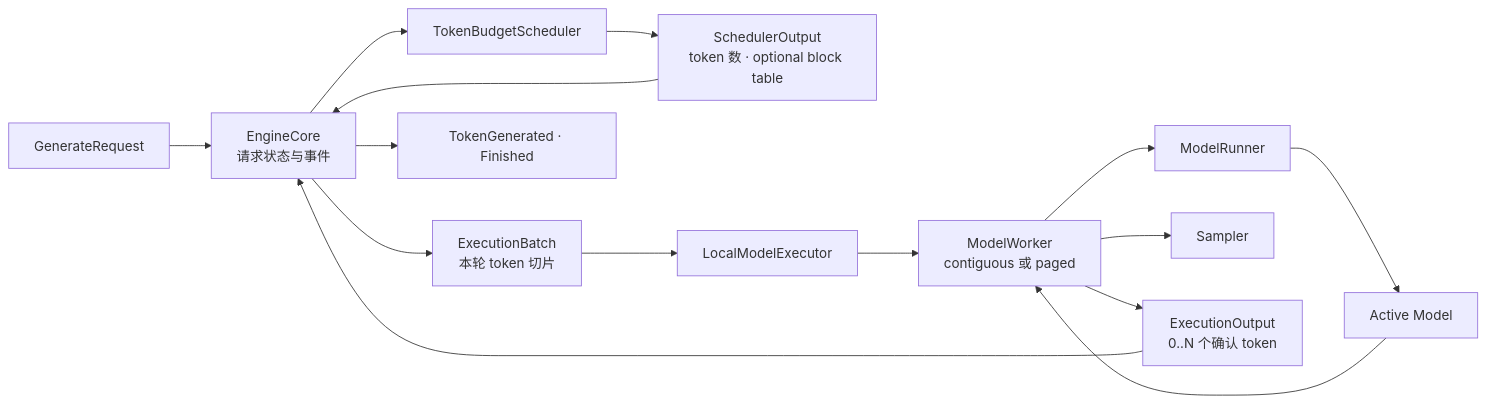
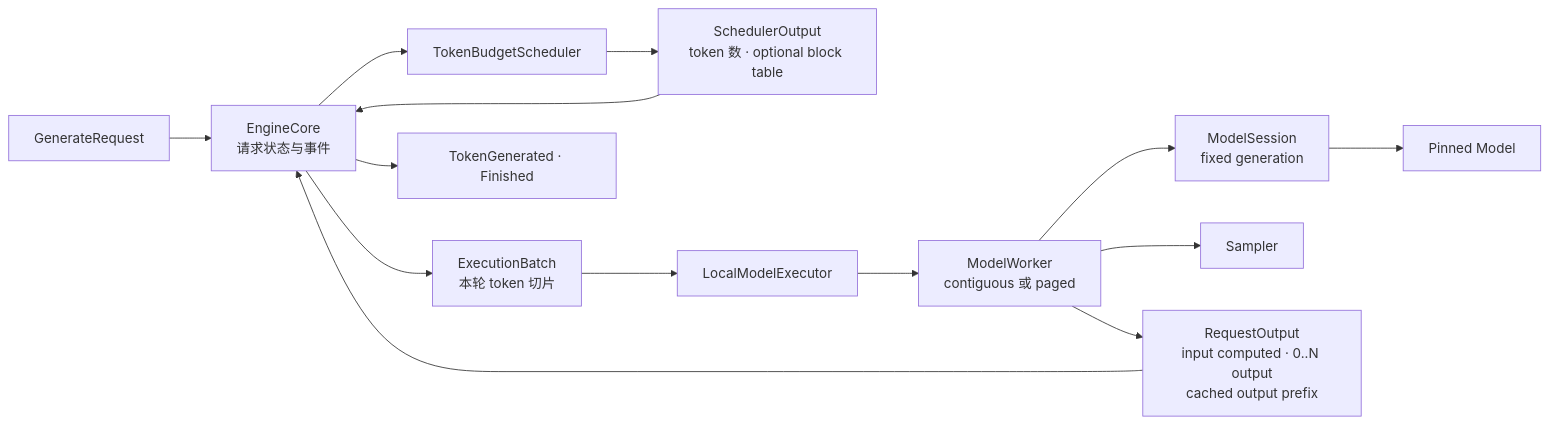
The first of 3 diagrams in docs/architecture.md (poorpaper/light-vllm), drawn with Mermaid before and after one commit. The commit also changed other lines of this file and 40 other files, not shown here.

````diff
--- a/docs/architecture.md
+++ b/docs/architecture.md
@@ -25,17 +25,16 @@
 ```mermaid
 flowchart LR
     Request["GenerateRequest"] --> Core["EngineCore<br/>请求状态与事件"]
     Core --> Scheduler["TokenBudgetScheduler"]
     Scheduler --> Plan["SchedulerOutput<br/>token 数 · optional block table"]
     Plan --> Core
     Core --> Batch["ExecutionBatch<br/>本轮 token 切片"]
     Batch --> Executor["LocalModelExecutor"]
     Executor --> Worker["ModelWorker<br/>contiguous 或 paged"]
-    Worker --> Runner["ModelRunner"]
-    Runner --> Model["Active Model"]
-    Model --> Worker
+    Worker --> Session["ModelSession<br/>fixed generation"]
+    Session --> Model["Pinned Model"]
     Worker --> Sampler["Sampler"]
-    Worker --> Output["ExecutionOutput<br/>0..N 个确认 token"]
+    Worker --> Output["RequestOutput<br/>input computed · 0..N output<br/>cached output prefix"]
     Output --> Core
     Core --> Events["TokenGenerated · Finished"]
 ```
````
